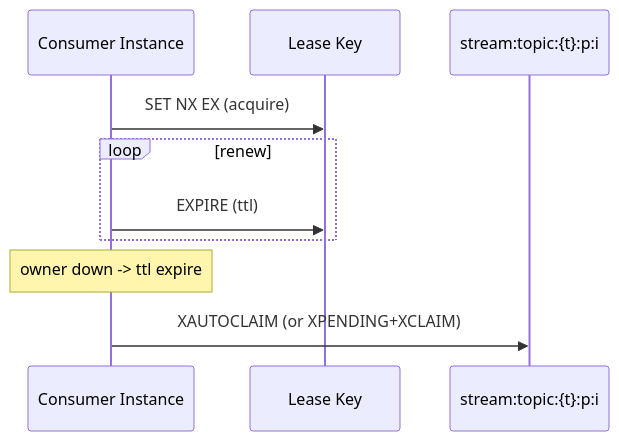
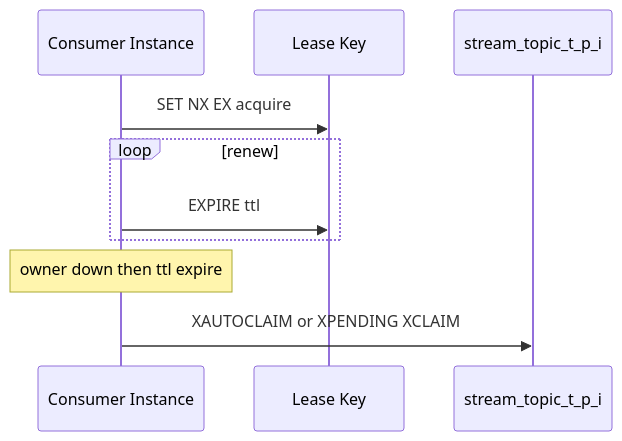
One commit to cuihairu/redis-streaming changed the third of 3 diagrams in docs/MQ-Broker-Interaction.md. Above: the diagram before and after it, drawn with Mermaid. The commit also changed other lines of this file and 2 other files, not shown here.

First line of the commit message:
fix: fix mermaid syntax for compatibility with v11.12.2

````diff
--- a/docs/MQ-Broker-Interaction.md
+++ b/docs/MQ-Broker-Interaction.md
@@ -63,12 +63,12 @@
 ```mermaid
 sequenceDiagram
   participant C as Consumer Instance
   participant L as Lease Key
-  participant S as stream:topic:{t}:p:i
-  C->>L: SET NX EX (acquire)
+  participant S as stream_topic_t_p_i
+  C->>L: SET NX EX acquire
   loop renew
-    C->>L: EXPIRE (ttl)
+    C->>L: EXPIRE ttl
   end
-  Note over C: owner down -> ttl expire
-  C->>S: XAUTOCLAIM (or XPENDING+XCLAIM)
+  Note over C: owner down then ttl expire
+  C->>S: XAUTOCLAIM or XPENDING XCLAIM
 ```
````
